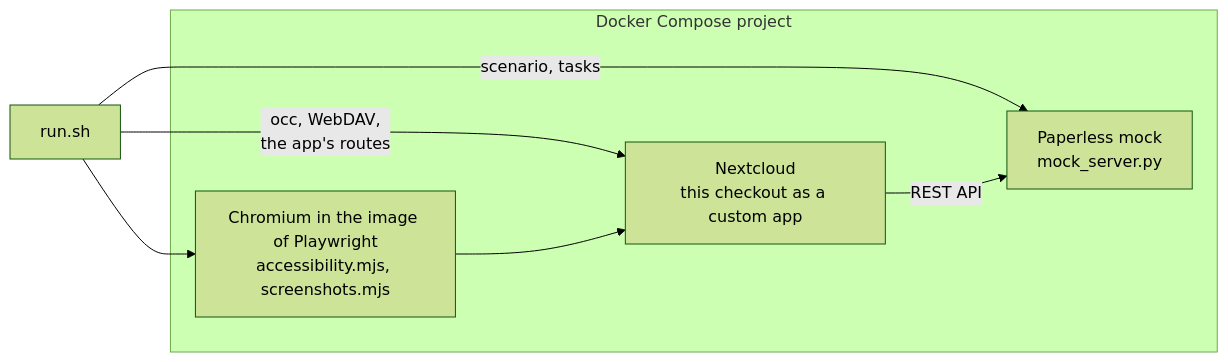
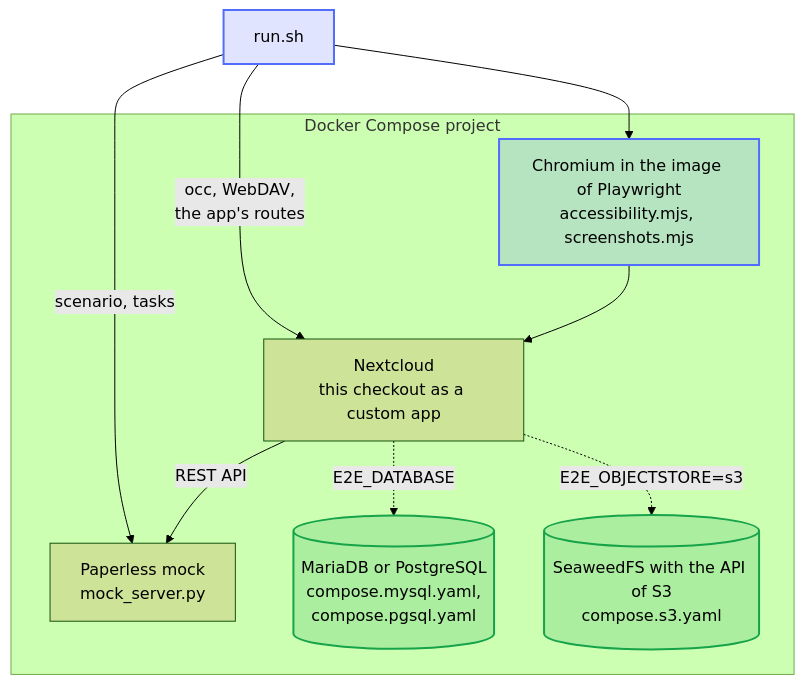
The first of 3 diagrams in tests/e2e/README.md (Dennis-Otto/paperless-sync), drawn with Mermaid (forest theme) before and after one commit. The commit also changed other lines of this file and 15 other files, not shown here.

````diff
--- a/tests/e2e/README.md
+++ b/tests/e2e/README.md
@@ -5,10 +5,18 @@
 ```mermaid
-flowchart LR
-    run["run.sh"] -->|occ, WebDAV,<br>the app's routes| nextcloud
-    run -->|scenario, tasks| mock
+flowchart TB
+    accTitle: The containers of the end-to-end tests
+    accDescr: run.sh drives Nextcloud through occ, WebDAV and the routes of the app, and the Paperless mock through its scenarios. Nextcloud runs this checkout as a custom app and calls the REST API of the mock. On request, Nextcloud keeps its tables in MariaDB or PostgreSQL and its files in an S3 object store. Chromium in the image of Playwright checks the pages of the app.
+    run["run.sh"] -->|"occ, WebDAV,<br>the app's routes"| nextcloud
+    run -->|"scenario, tasks"| mock
+    run --> browser
     subgraph compose ["Docker Compose project"]
         nextcloud["Nextcloud<br>this checkout as a custom app"] -->|REST API| mock["Paperless mock<br>mock_server.py"]
+        nextcloud -.->|"E2E_DATABASE"| database[("MariaDB or PostgreSQL<br>compose.mysql.yaml,<br>compose.pgsql.yaml")]
+        nextcloud -.->|"E2E_OBJECTSTORE=s3"| s3[("SeaweedFS with the API of S3<br>compose.s3.yaml")]
         browser["Chromium in the image of Playwright<br>accessibility.mjs, screenshots.mjs"] --> nextcloud
     end
-    run --> browser
+    classDef bot fill:#526cfe2e,stroke:#526cfe,stroke-width:2px
+    classDef data fill:#16a34a2e,stroke:#16a34a,stroke-width:2px
+    class run,browser bot
+    class database,s3 data
 ```
````
